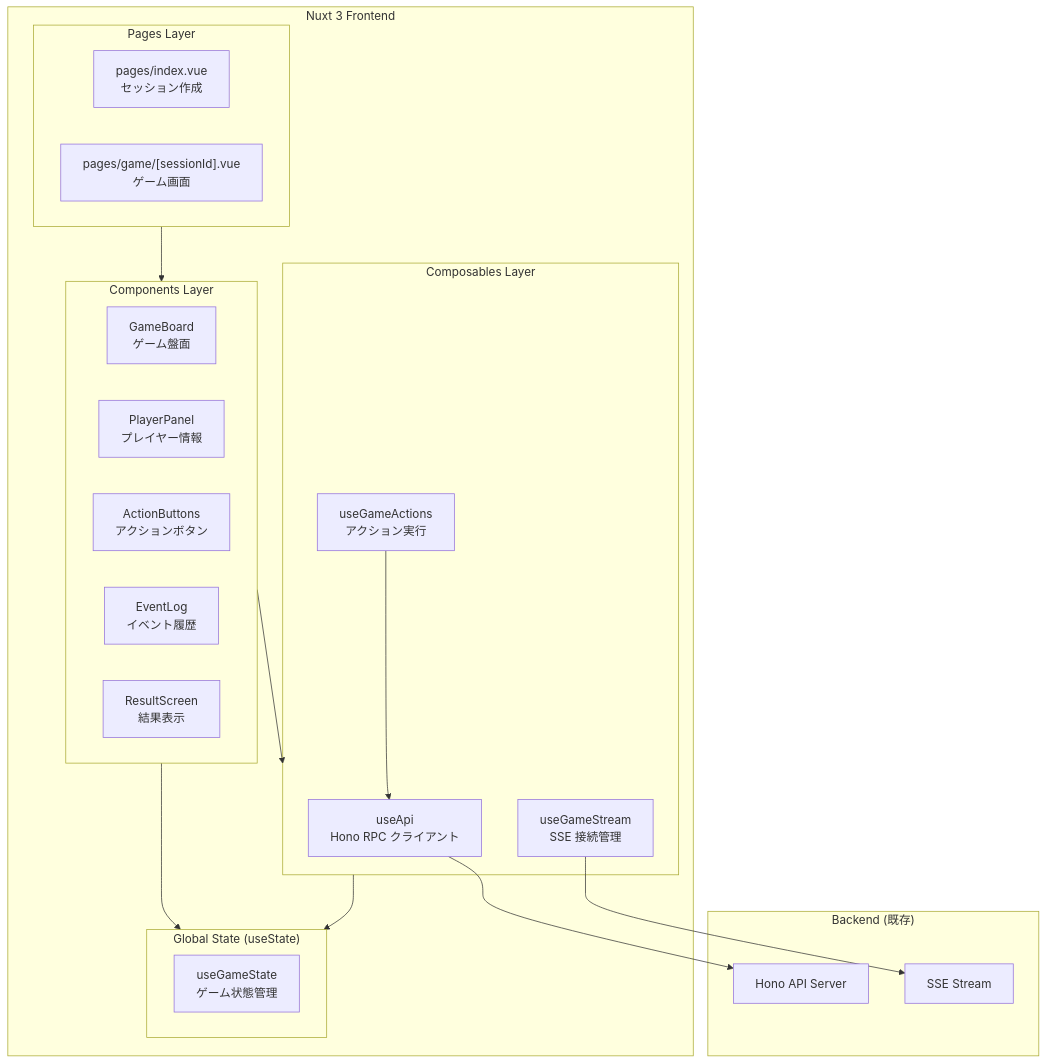
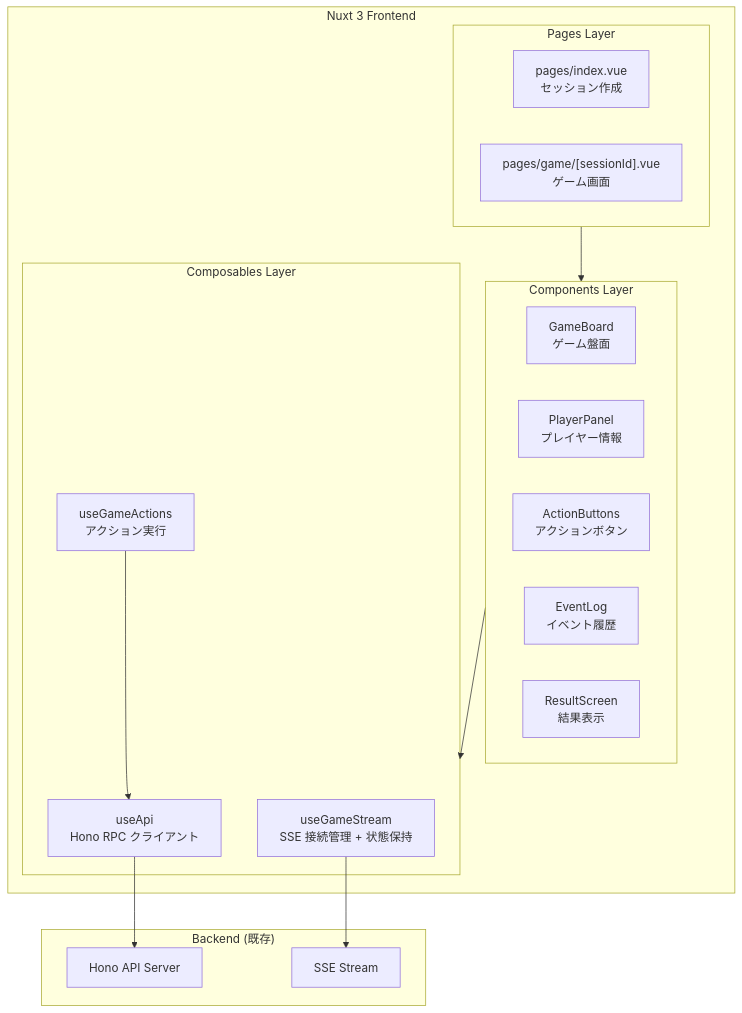
One commit to Tksi/gift changed the first of 6 diagrams in frontend/.kiro/specs/geschenk-board-game-frontend/design.md. Above: the diagram before and after it, drawn with Mermaid. The commit also changed other lines of this file and 8 other files, not shown here.

````diff
--- a/frontend/.kiro/specs/geschenk-board-game-frontend/design.md
+++ b/frontend/.kiro/specs/geschenk-board-game-frontend/design.md
@@ -31,40 +31,34 @@
 ```mermaid
 graph TB
     subgraph Frontend["Nuxt 3 Frontend"]
         subgraph Pages["Pages Layer"]
             IndexPage["pages/index.vue<br/>セッション作成"]
             GamePage["pages/game/[sessionId].vue<br/>ゲーム画面"]
         end
 
         subgraph Components["Components Layer"]
             GameBoard["GameBoard<br/>ゲーム盤面"]
             PlayerPanel["PlayerPanel<br/>プレイヤー情報"]
             ActionButtons["ActionButtons<br/>アクションボタン"]
             EventLog["EventLog<br/>イベント履歴"]
             ResultScreen["ResultScreen<br/>結果表示"]
         end
 
         subgraph Composables["Composables Layer"]
             useApi["useApi<br/>Hono RPC クライアント"]
-            useGameStream["useGameStream<br/>SSE 接続管理"]
+            useGameStream["useGameStream<br/>SSE 接続管理 + 状態保持"]
             useGameActions["useGameActions<br/>アクション実行"]
-        end
-
-        subgraph State["Global State (useState)"]
-            GameState["useGameState<br/>ゲーム状態管理"]
         end
     end
 
     subgraph Backend["Backend (既存)"]
         HonoAPI["Hono API Server"]
         SSE["SSE Stream"]
     end
 
     Pages --> Components
     Components --> Composables
-    Components --> State
-    Composables --> State
     useApi --> HonoAPI
     useGameStream --> SSE
     useGameActions --> useApi
 ```
````
